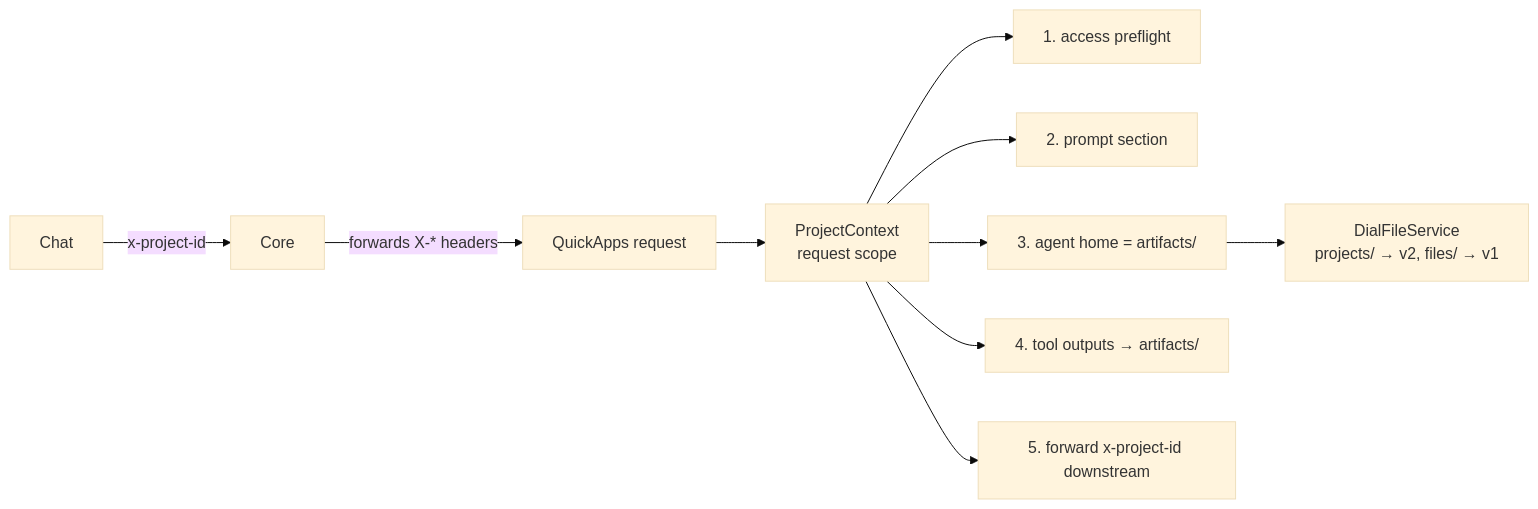
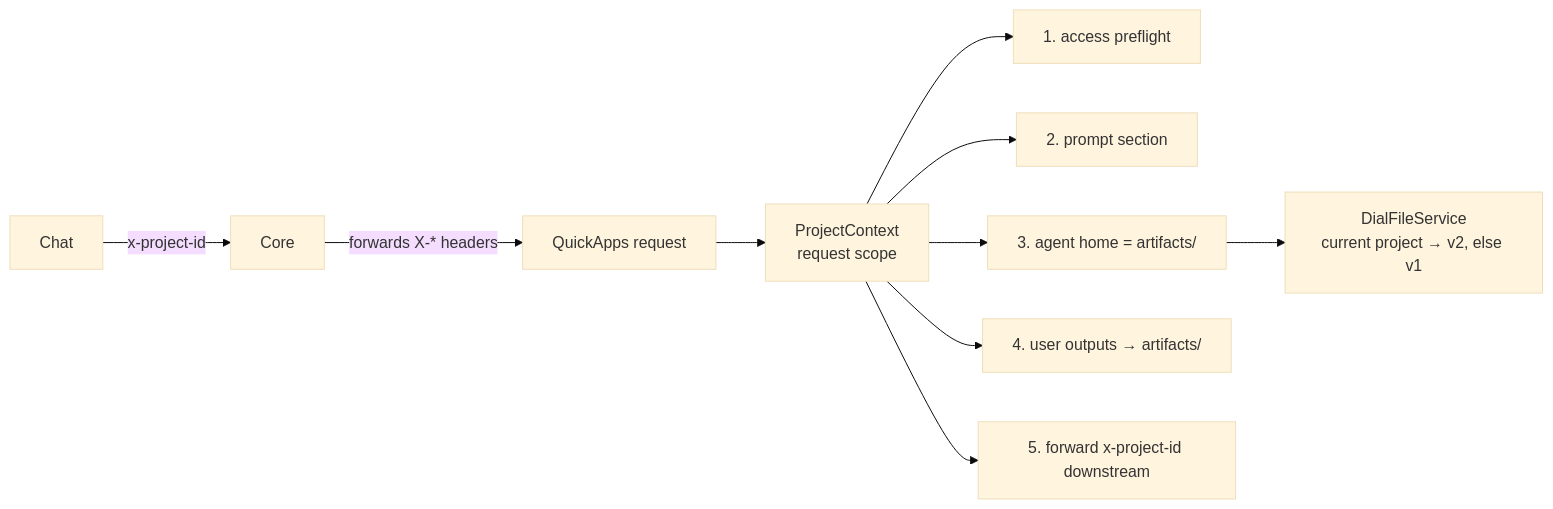
One commit to epam/ai-dial-quickapps-backend changed the diagram in docs/designs/projects.md. Above: the diagram before and after it, drawn with Mermaid (base theme). The commit also changed other lines of this file, not shown here.

Commit message:
docs: address projects design review round 1 (#656)

````diff
--- a/docs/designs/projects.md
+++ b/docs/designs/projects.md
@@ -73,11 +79,11 @@
 ```mermaid
 flowchart LR
   Chat -- x-project-id --> Core -- "forwards X-* headers" --> QA[QuickApps request]
   QA --> PC[ProjectContext<br/>request scope]
   PC --> P1[1. access preflight]
   PC --> P2[2. prompt section]
   PC --> P3[3. agent home = artifacts/]
-  PC --> P4[4. tool outputs → artifacts/]
+  PC --> P4[4. user outputs → artifacts/]
   PC --> P5[5. forward x-project-id downstream]
-  P3 --> FS[DialFileService<br/>projects/ → v2, files/ → v1]
+  P3 --> FS[DialFileService<br/>current project → v2, else v1]
 ```
````
